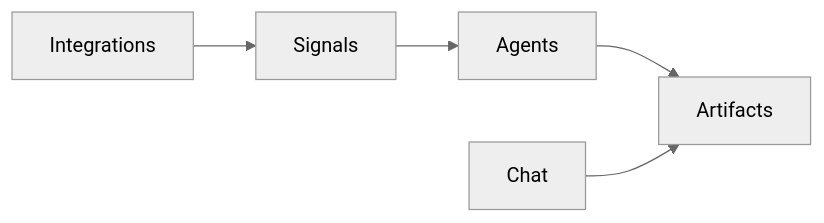
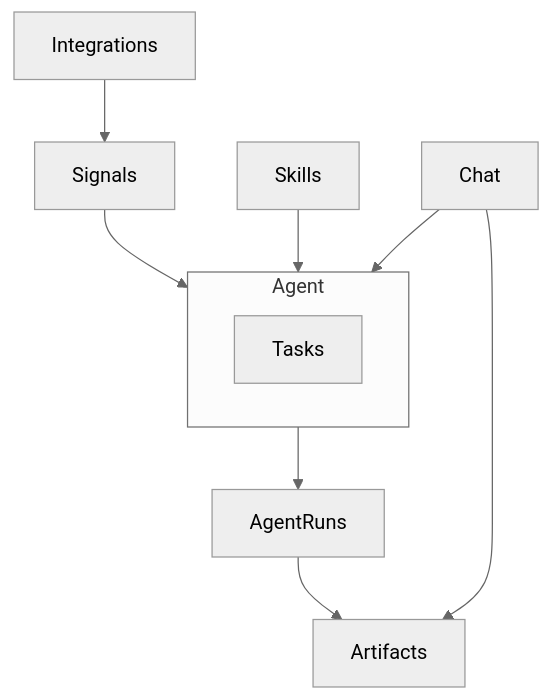
One commit to CoraHQ/docs changed the diagram in getting-started/core-concepts.mdx. Above: the diagram before and after it, drawn with Mermaid (neutral theme). The commit also changed other lines of this file, not shown here.

````diff
--- a/getting-started/core-concepts.mdx
+++ b/getting-started/core-concepts.mdx
@@ -25,7 +35,13 @@
 ```mermaid
-flowchart LR
+flowchart TB
   integrations[Integrations] --> signals[Signals]
-  signals --> agents[Agents]
-  agents --> artifacts[Artifacts]
-  chat[Chat] --> artifacts
+  skills[Skills] --> agentBox
+  signals --> agentBox
+  chat[Chat] --> agentBox
+  subgraph agentBox [Agent]
+    tasks[Tasks]
+  end
+  agentBox --> runs[AgentRuns]
+  chat --> artifacts[Artifacts]
+  runs --> artifacts
 ```
````
